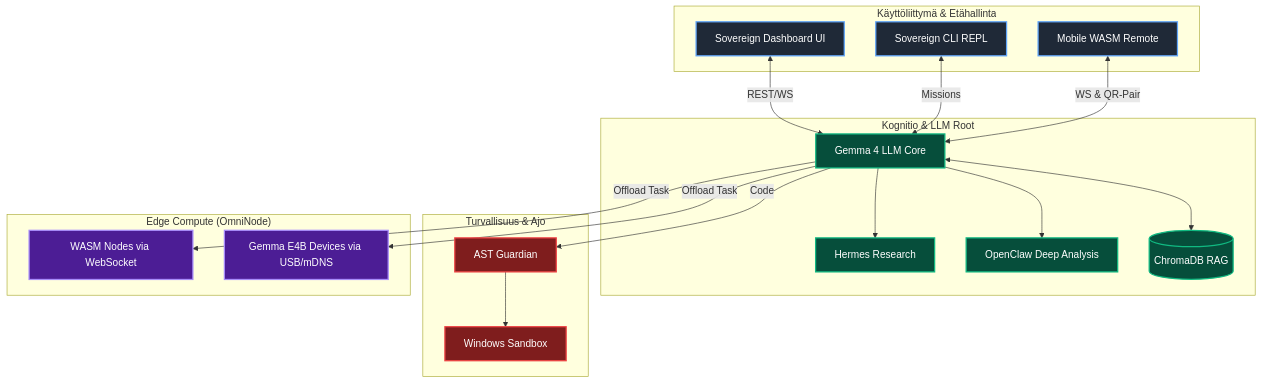
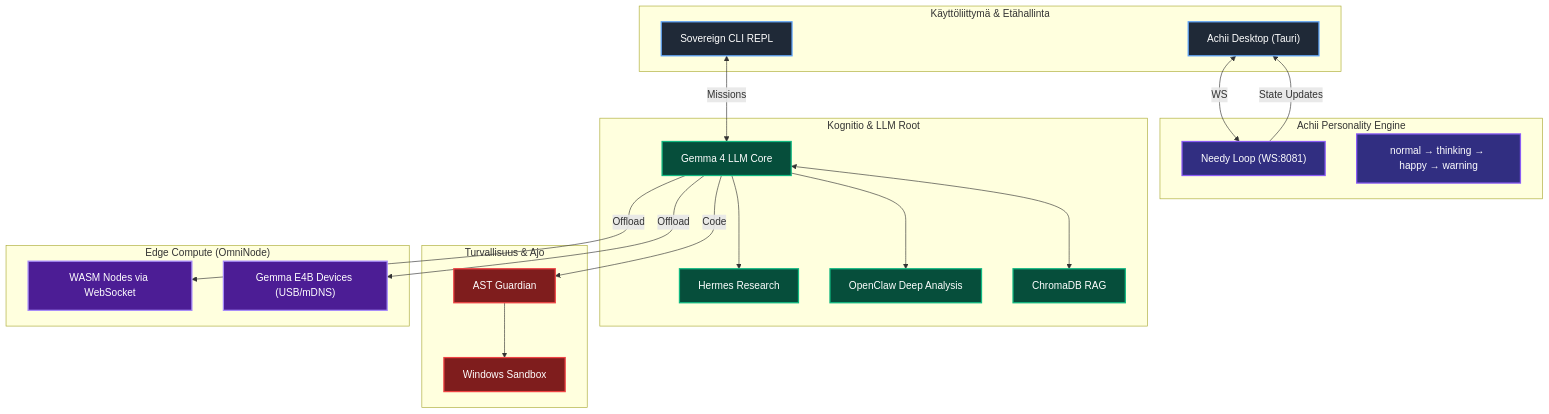
The diagram in README.md (harleysederholm-alt/AgentDir), drawn with Mermaid before and after one commit. The commit also changed other lines of this file and 79 other files, not shown here.

Commit message:
feat: Achii Sovereign Engine v4.2 'The Rusty Awakening' Production Release. Locked brand via !_SOVEREIGN.md

````diff
--- a/README.md
+++ b/README.md
@@ -38,43 +42,46 @@
 ```mermaid
 graph TD
     classDef ui fill:#1F2937,stroke:#60A5FA,stroke-width:2px,color:#fff
     classDef core fill:#312E81,stroke:#8B5CF6,stroke-width:2px,color:#fff
     classDef mem fill:#064E3B,stroke:#10B981,stroke-width:2px,color:#fff
     classDef exe fill:#7F1D1D,stroke:#EF4444,stroke-width:2px,color:#fff
     classDef net fill:#4C1D95,stroke:#A78BFA,stroke-width:2px,color:#fff
 
     subgraph UI["Käyttöliittymä & Etähallinta"]
-        T[Sovereign Dashboard UI]:::ui
+        T["Achii Desktop (Tauri)"]:::ui
         CLI[Sovereign CLI REPL]:::ui
-        Mobile[Mobile WASM Remote]:::ui
+    end
+
+    subgraph ACHII["Achii Personality Engine"]
+        NL["Needy Loop (WS:8081)"]:::core
+        States["normal → thinking → happy → warning"]:::core
     end
 
     subgraph COGNET["Kognitio & LLM Root"]
         Hermes[Hermes Research]:::mem
         OC[OpenClaw Deep Analysis]:::mem
         LLM[Gemma 4 LLM Core]:::mem
-        RAG[(ChromaDB RAG)]:::mem
+        RAG["ChromaDB RAG"]:::mem
     end
 
     subgraph EXEC["Turvallisuus & Ajo"]
         AST[AST Guardian]:::exe
         WSBOX[Windows Sandbox]:::exe
     end
 
     subgraph NETWORK["Edge Compute (OmniNode)"]
         OMNI_WS[WASM Nodes via WebSocket]:::net
-        OMNI_MDNS[Gemma E4B Devices via USB/mDNS]:::net
+        OMNI_MDNS["Gemma E4B Devices (USB/mDNS)"]:::net
     end
 
-    %% Yhteydet
-    T <--> |REST/WS| LLM
+    T <--> |WS| NL
     CLI <--> |Missions| LLM
-    Mobile <--> |WS & QR-Pair| LLM
+    NL --> |State Updates| T
     LLM <--> RAG
     LLM --> Hermes
     LLM --> OC
     LLM --> |Code| AST
     AST --> WSBOX
-    LLM --> |Offload Task| OMNI_WS
-    LLM --> |Offload Task| OMNI_MDNS
+    LLM --> |Offload| OMNI_WS
+    LLM --> |Offload| OMNI_MDNS
 ```
````
